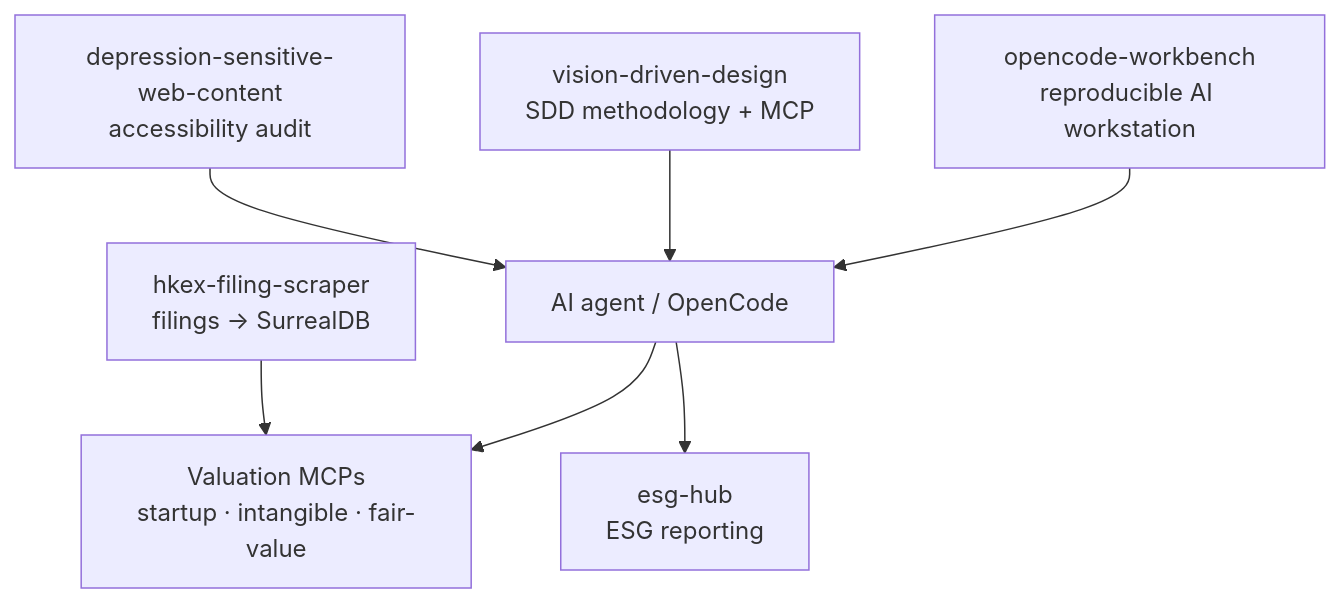
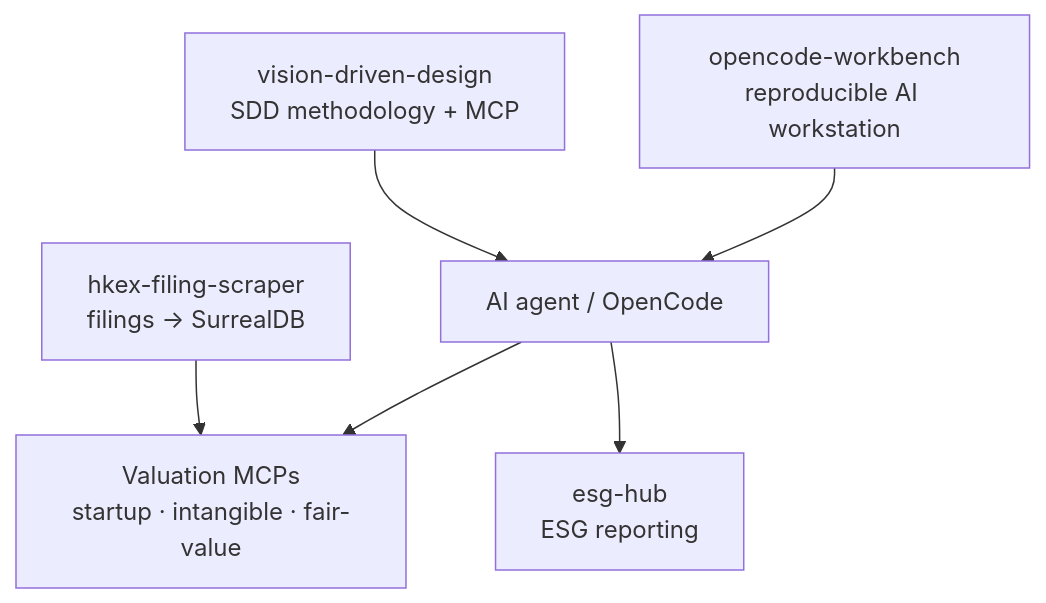
The diagram in README.md (simonmak-ascent/simonmak-ascent), drawn with Mermaid before and after one commit. The commit also changed other lines of this file, not shown here.

````diff
--- a/README.md
+++ b/README.md
@@ -40,9 +40,8 @@
 ```mermaid
 flowchart TB
   WB["opencode-workbench<br/>reproducible AI workstation"] --> AGENT["AI agent / OpenCode"]
   VDD["vision-driven-design<br/>SDD methodology + MCP"] --> AGENT
   AGENT --> VAL["Valuation MCPs<br/>startup · intangible · fair-value"]
   AGENT --> ESG["esg-hub<br/>ESG reporting"]
   FIL["hkex-filing-scraper<br/>filings → SurrealDB"] --> VAL
-  ACCESS["depression-sensitive-web-content<br/>accessibility audit"] --> AGENT
 ```
````
